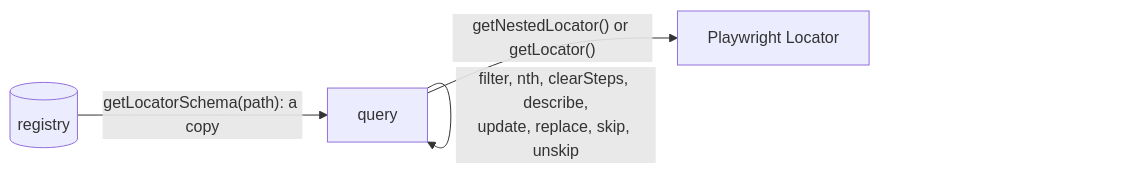
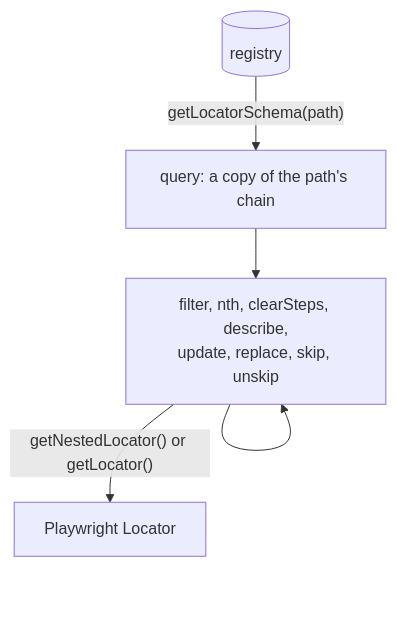
The diagram in website/src/content/docs/docs/queries.md (DyHex/POMWright), drawn with Mermaid before and after one commit. The commit also changed other lines of this file and 13 other files, not shown here.

````diff
--- a/website/src/content/docs/docs/queries.md
+++ b/website/src/content/docs/docs/queries.md
@@ -13,6 +13,7 @@
 ```mermaid
-flowchart LR
-  registry[("registry")] -->|"getLocatorSchema(path): a copy"| query["query"]
-  query -->|"filter, nth, clearSteps, describe,<br/>update, replace, skip, unskip"| query
-  query -->|"getNestedLocator() or getLocator()"| locator["Playwright Locator"]
+flowchart TD
+  registry[("registry")] -->|"getLocatorSchema(path)"| query["query: a copy of the path's chain"]
+  query --> changes["filter, nth, clearSteps, describe,<br/>update, replace, skip, unskip"]
+  changes --> changes
+  changes -->|"getNestedLocator() or getLocator()"| locator["Playwright Locator"]
 ```
````
